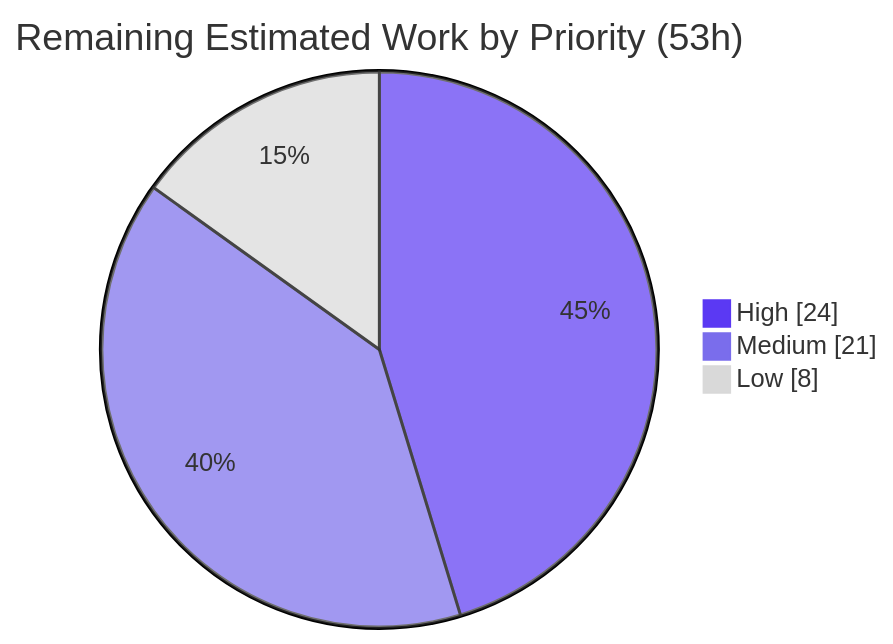
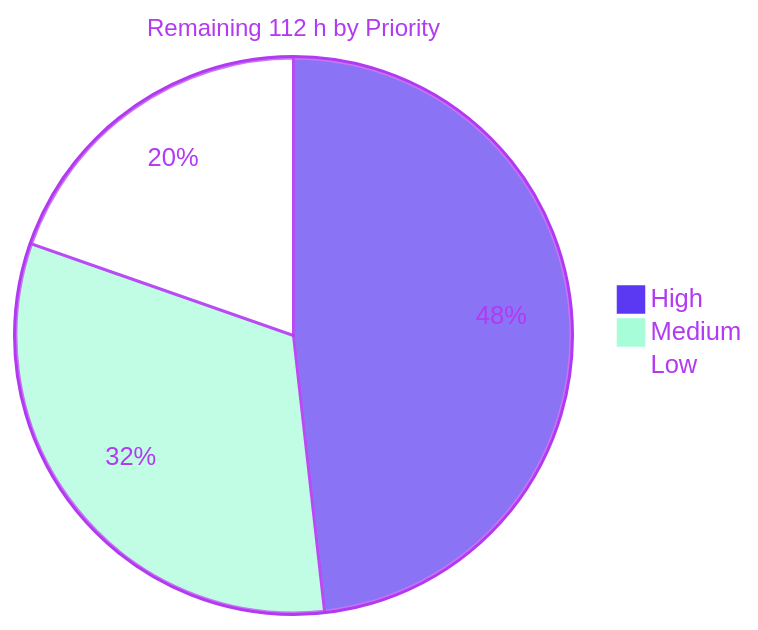
One commit to blitzy-research/zlib changed the third of 3 diagrams in blitzy/documentation/Project Guide.md. Above: the diagram before and after it, drawn with Mermaid. The commit also changed other lines of this file, not shown here.

Commit message:
Adding Blitzy Project Guide: Project Status and Human Tasks Remaining

````diff
--- a/blitzy/documentation/Project Guide.md
+++ b/blitzy/documentation/Project Guide.md
@@ -469,7 +408,7 @@
 ```mermaid
-%%{init: {'theme':'base','themeVariables':{'pie1':'#5B39F3','pie2':'#7A6DEC','pie3':'#D9D9D9','pieSectionTextColor':'#333333','pieStrokeColor':'#333333'}}}%%
-pie showData title Remaining Estimated Work by Priority (53h)
-    "High" : 24
-    "Medium" : 21
-    "Low" : 8
+%%{init: {"theme":"base","themeVariables":{"pie1":"#5B39F3","pie2":"#A8FDD9","pie3":"#FFFFFF","pieStrokeColor":"#B23AF2","pieStrokeWidth":"2px","pieOuterStrokeColor":"#B23AF2","pieOuterStrokeWidth":"2px","pieTitleTextSize":"16px","pieTitleTextColor":"#B23AF2","pieSectionTextColor":"#B23AF2","pieLegendTextColor":"#B23AF2"}}}%%
+pie title Remaining 112 h by Priority
+    "High" : 54
+    "Medium" : 36
+    "Low" : 22
 ```
````
